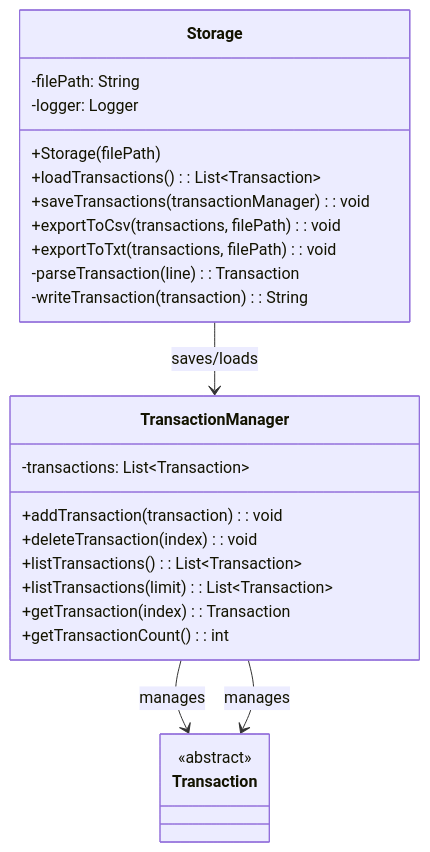
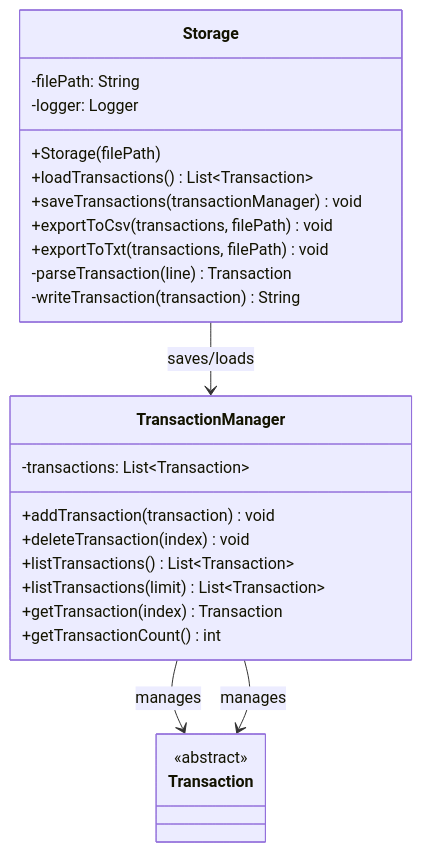
Before and after one commit to laitcanard05/tp: the diagram in docs/diagrams/mermaid/class/storage-class.mermaid, drawn with Mermaid. The commit also changed 38 other files, not shown here.

```diff
--- a/docs/diagrams/mermaid/class/storage-class.mermaid
+++ b/docs/diagrams/mermaid/class/storage-class.mermaid
@@ -1,30 +1,30 @@
 classDiagram
     class Storage {
         -filePath: String
         -logger: Logger
         +Storage(filePath)
-        +loadTransactions(): List~Transaction~
-        +saveTransactions(transactionManager): void
-        +exportToCsv(transactions, filePath): void
-        +exportToTxt(transactions, filePath): void
-        -parseTransaction(line): Transaction
-        -writeTransaction(transaction): String
+        +loadTransactions() List~Transaction~
+        +saveTransactions(transactionManager) void
+        +exportToCsv(transactions, filePath) void
+        +exportToTxt(transactions, filePath) void
+        -parseTransaction(line) Transaction
+        -writeTransaction(transaction) String
     }
 
     class TransactionManager {
         -transactions: List~Transaction~
-        +addTransaction(transaction): void
-        +deleteTransaction(index): void
-        +listTransactions(): List~Transaction~
-        +listTransactions(limit): List~Transaction~
-        +getTransaction(index): Transaction
-        +getTransactionCount(): int
+        +addTransaction(transaction) void
+        +deleteTransaction(index) void
+        +listTransactions() List~Transaction~
+        +listTransactions(limit) List~Transaction~
+        +getTransaction(index) Transaction
+        +getTransactionCount() int
     }
 
     class Transaction {
         <<abstract>>
     }
 
     Storage --> TransactionManager : saves/loads
     TransactionManager --> Transaction : manages
     TransactionManager --> Transaction : manages
```
